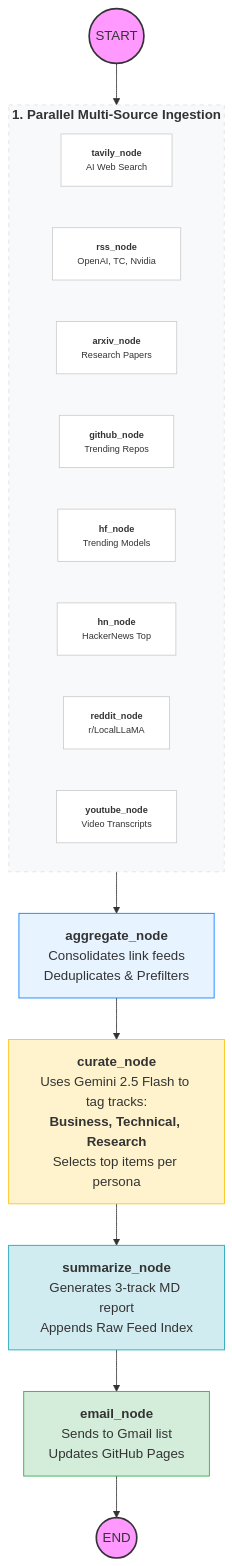
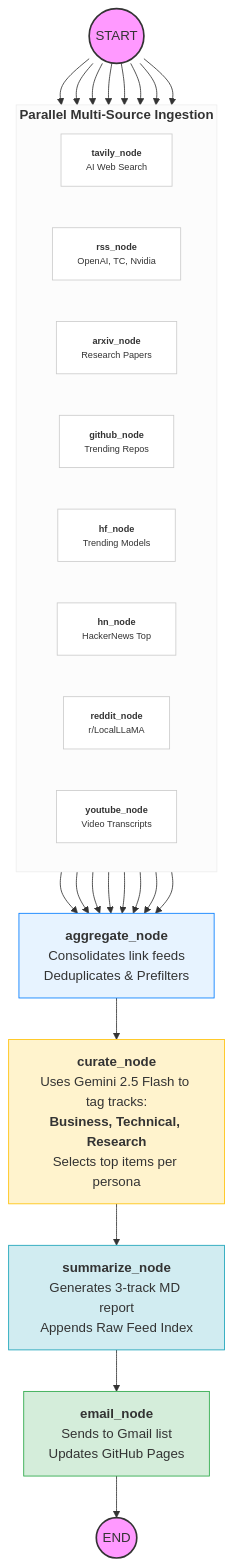
The diagram in README.md (shubhamshardul-work/Projects), drawn with Mermaid before and after one commit.

````diff
--- a/README.md
+++ b/README.md
@@ -31,43 +31,54 @@
 ```mermaid
 flowchart TD
     %% Start Node
-    START((START)) --> Ingestion
+    START((START))
 
-    %% Data Ingestion Layer
-    subgraph Ingestion ["<b>1. Parallel Multi-Source Ingestion</b>"]
+    %% Data Ingestion Layer (Fan-Out)
+    subgraph Ingestion [<b>Parallel Multi-Source Ingestion</b>]
         direction LR
         tavily["<b>tavily_node</b><br/>AI Web Search"]
         rss["<b>rss_node</b><br/>OpenAI, TC, Nvidia"]
         arxiv["<b>arxiv_node</b><br/>Research Papers"]
         github["<b>github_node</b><br/>Trending Repos"]
         hf["<b>hf_node</b><br/>Trending Models"]
         hn["<b>hn_node</b><br/>HackerNews Top"]
         reddit["<b>reddit_node</b><br/>r/LocalLLaMA"]
         youtube["<b>youtube_node</b><br/>Video Transcripts"]
     end
 
-    %% Aggregation & Processing
-    Ingestion --> AGG["<b>aggregate_node</b><br/>Consolidates link feeds<br/>Deduplicates & Prefilters"]
+    %% Explicit Parallel Connections
+    START --> tavily
+    START --> rss
+    START --> arxiv
+    START --> github
+    START --> hf
+    START --> hn
+    START --> reddit
+    START --> youtube
+
+    %% Fan-In to Aggregator
+    tavily & rss & arxiv & github & hf & hn & reddit & youtube --> AGG["<b>aggregate_node</b><br/>Consolidates link feeds<br/>Deduplicates & Prefilters"]
     
+    %% Downstream Processing
     AGG --> CURATE["<b>curate_node</b><br/>Uses Gemini 2.5 Flash to tag tracks:<br/><b>Business, Technical, Research</b><br/>Selects top items per persona"]
     
     CURATE --> SUMM["<b>summarize_node</b><br/>Generates 3-track MD report<br/>Appends Raw Feed Index"]
     
     %% Distribution
     SUMM --> EMAIL["<b>email_node</b><br/>Sends to Gmail list<br/>Updates GitHub Pages"]
     
     EMAIL --> END((END))
 
-    %% Premium Professional Styling
+    %% Professional Styling
     style START fill:#f9f,stroke:#333,stroke-width:2px
     style END fill:#f9f,stroke:#333,stroke-width:2px
-    style Ingestion fill:#f8f9fa,stroke:#dee2e6,stroke-dasharray: 5 5
+    style Ingestion fill:#fcfcfc,stroke:#eee
     style AGG fill:#e7f3ff,stroke:#007bff
     style CURATE fill:#fff3cd,stroke:#ffc107
     style SUMM fill:#d1ecf1,stroke:#17a2b8
     style EMAIL fill:#d4edda,stroke:#28a745
 
     %% Node internal styling
     classDef ingestionNode fill:#fff,stroke:#ccc,font-size:11px;
     class tavily,rss,arxiv,github,hf,hn,reddit,youtube ingestionNode;
 ```
````
